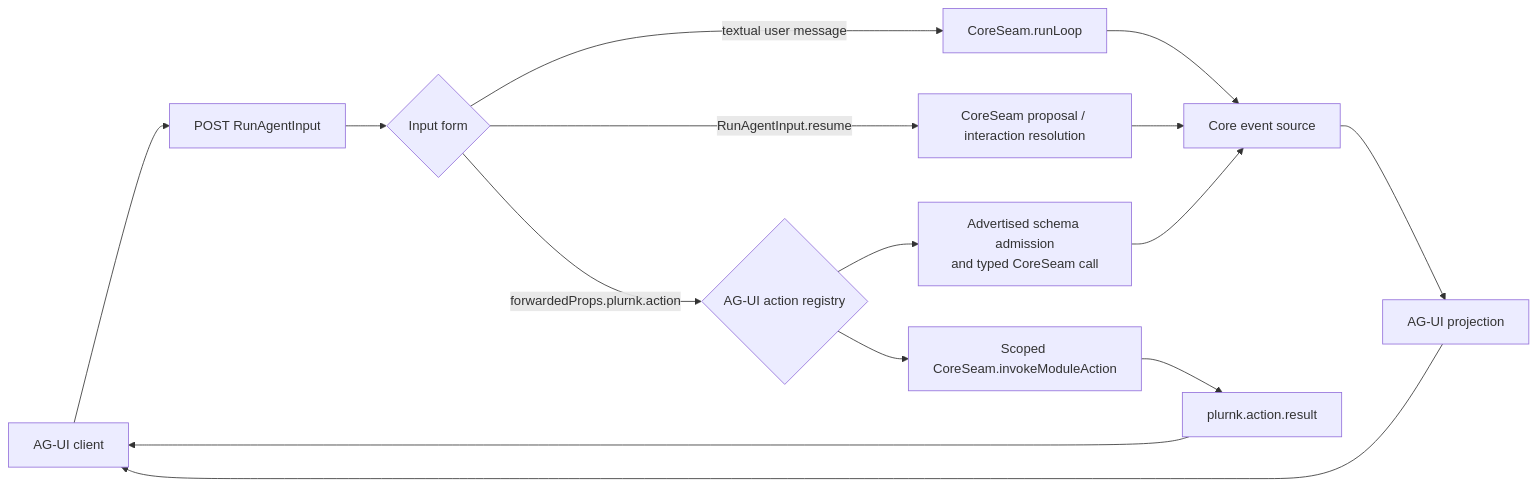
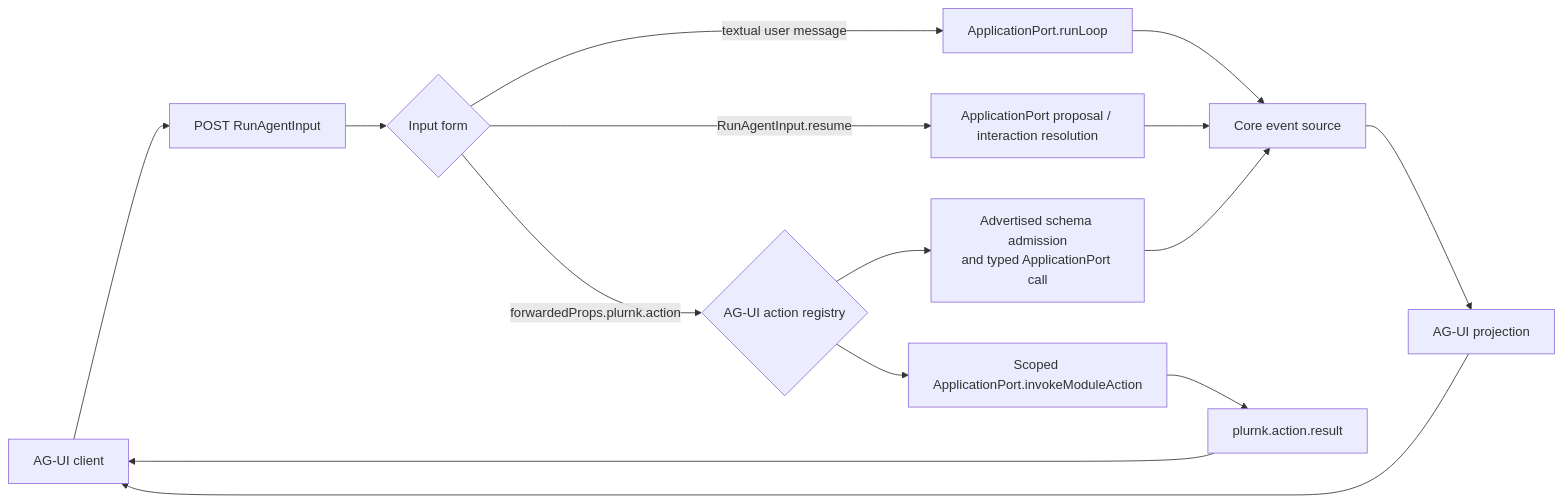
One commit to plurnk/plurnk-service changed the diagram in plurnk-agui/SPEC.md. Above: the diagram before and after it, drawn with Mermaid. The commit also changed other lines of this file and 29 other files, not shown here.

Commit message:
refactor(contracts): own the exterior application port (#258)

````diff
--- a/plurnk-agui/SPEC.md
+++ b/plurnk-agui/SPEC.md
@@ -196,17 +196,17 @@
 ```mermaid
 flowchart LR
     client["AG-UI client"] --> run["POST RunAgentInput"]
     run --> classify{"Input form"}
-    classify -->|"textual user message"| loop["CoreSeam.runLoop"]
-    classify -->|"RunAgentInput.resume"| resume["CoreSeam proposal / interaction resolution"]
+    classify -->|"textual user message"| loop["ApplicationPort.runLoop"]
+    classify -->|"RunAgentInput.resume"| resume["ApplicationPort proposal / interaction resolution"]
     classify -->|"forwardedProps.plurnk.action"| actions{"AG-UI action registry"}
-    actions --> builtIn["Advertised schema admission<br/>and typed CoreSeam call"]
-    actions --> extension["Scoped CoreSeam.invokeModuleAction"]
+    actions --> builtIn["Advertised schema admission<br/>and typed ApplicationPort call"]
+    actions --> extension["Scoped ApplicationPort.invokeModuleAction"]
     loop --> events["Core event source"]
     resume --> events
     builtIn --> events
     events --> projection["AG-UI projection"]
     extension --> result["plurnk.action.result"]
     projection --> client
     result --> client
 ```
````
